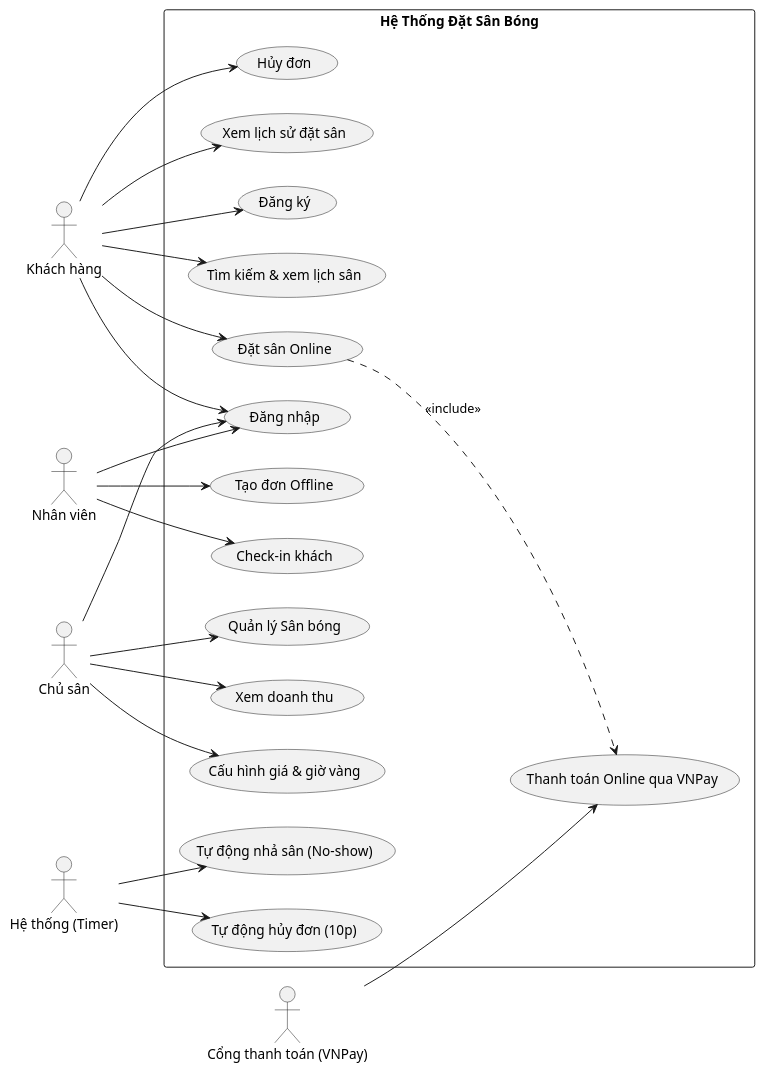
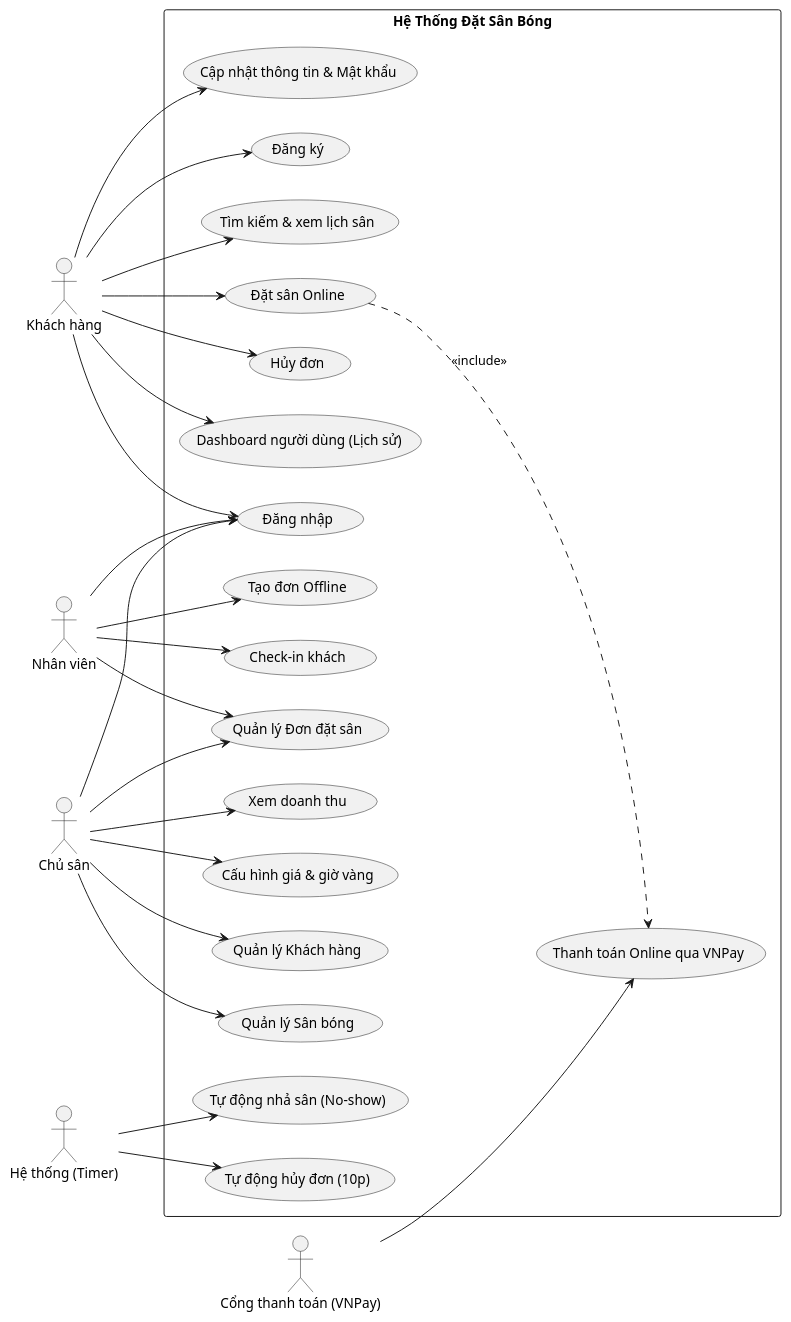
One commit to imfakebot/datsanJava changed the diagram in docs/plantuml/usecasse-diagram.puml. Above: the diagram before and after it, drawn with PlantUML. The commit also changed 14 other files, not shown here.

```diff
--- a/docs/plantuml/usecasse-diagram.puml
+++ b/docs/plantuml/usecasse-diagram.puml
@@ -1,53 +1,60 @@
 @startuml UseCaseDiagram
 left to right direction
 
 actor "Khách hàng" as User
 actor "Nhân viên" as Staff
 actor "Chủ sân" as Admin
 actor "Hệ thống (Timer)" as System
 actor "Cổng thanh toán (VNPay)" as VNPay
 
 rectangle "Hệ Thống Đặt Sân Bóng" {
   usecase "Đăng nhập" as Login
   usecase "Đăng ký" as Register
   
   usecase "Tìm kiếm & xem lịch sân" as UC1
   usecase "Đặt sân Online" as UC2
   usecase "Hủy đơn" as UC3
-  usecase "Xem lịch sử đặt sân" as UC12
+  usecase "Dashboard người dùng (Lịch sử)" as UC12
+  usecase "Cập nhật thông tin & Mật khẩu" as UC13
   
   usecase "Tạo đơn Offline" as UC4
   usecase "Check-in khách" as UC5
+  usecase "Quản lý Đơn đặt sân" as UC14
   
   usecase "Quản lý Sân bóng" as UC6
   usecase "Xem doanh thu" as UC7
   usecase "Cấu hình giá & giờ vàng" as UC11
+  usecase "Quản lý Khách hàng" as UC15
   
   usecase "Tự động hủy đơn (10p)" as UC8
   usecase "Tự động nhả sân (No-show)" as UC9
   
   usecase "Thanh toán Online qua VNPay" as UC10
 }
 
 User --> Login
 User --> Register
 User --> UC1
 User --> UC2
 User --> UC3
 User --> UC12
+User --> UC13
 
 Staff --> Login
 Staff --> UC4
 Staff --> UC5
+Staff --> UC14
 
 Admin --> Login
 Admin --> UC6
 Admin --> UC7
 Admin --> UC11
+Admin --> UC14
+Admin --> UC15
 
 System --> UC8
 System --> UC9
 
 UC2 ..> UC10 : <<include>>
 VNPay --> UC10
 @enduml
```
